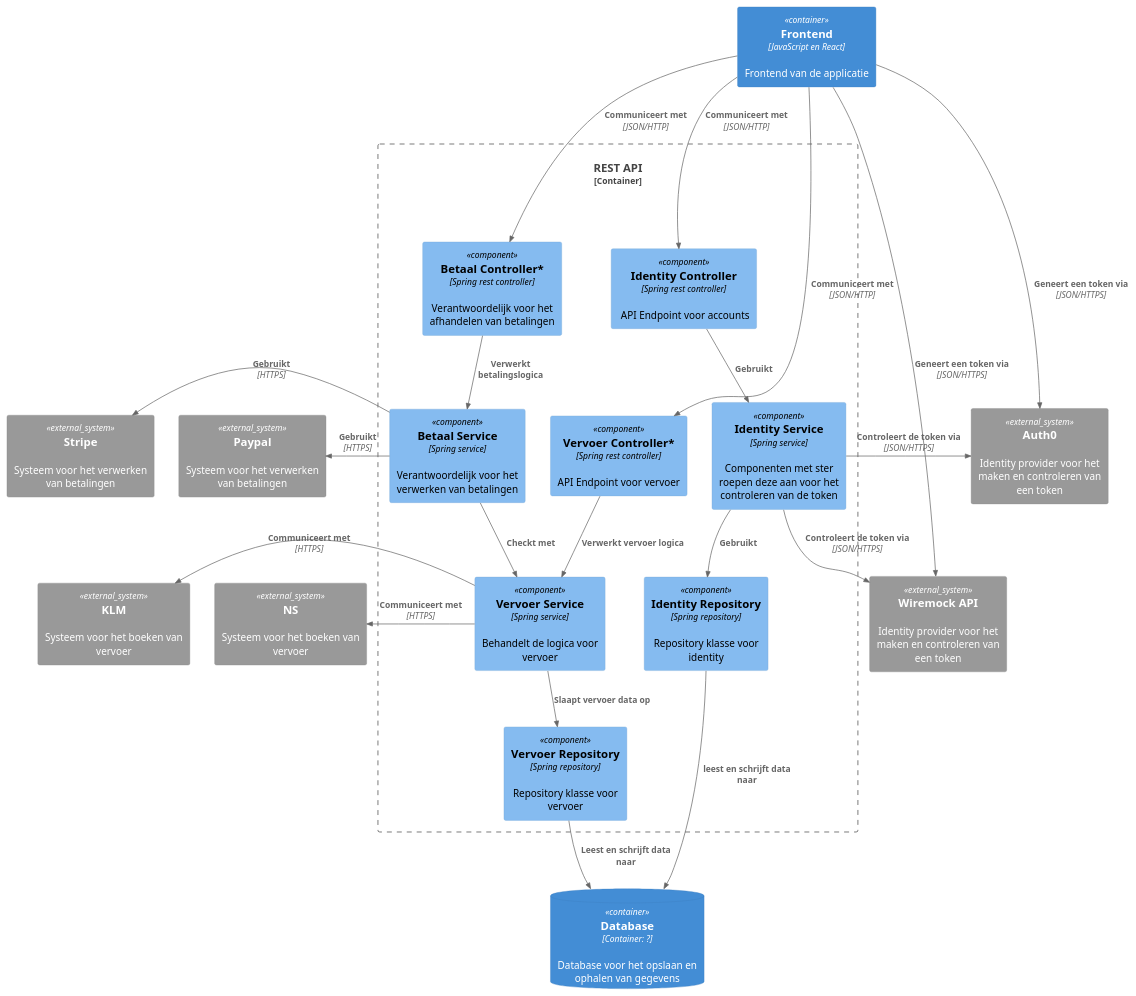
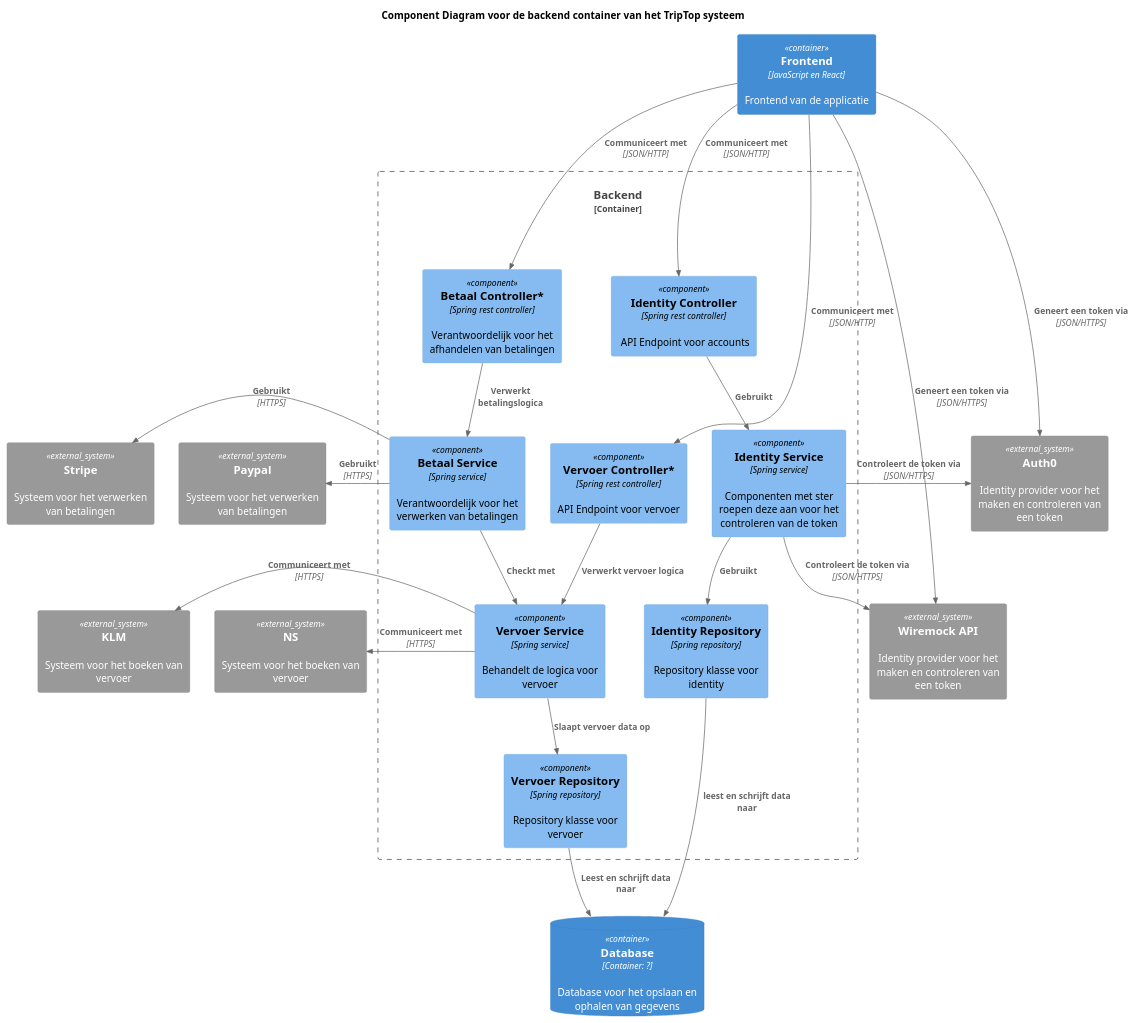
One commit to AIM-ENE-feb25/triptop-de-broederbond-fgs changed the diagram in groeps-uitwerkingen/week2/component-diagrammen/component-diagram.puml. Above: the diagram before and after it, drawn with PlantUML. The commit also changed 10 other files, not shown here.

```diff
--- a/groeps-uitwerkingen/week2/component-diagrammen/component-diagram.puml
+++ b/groeps-uitwerkingen/week2/component-diagrammen/component-diagram.puml
@@ -1,63 +1,65 @@
 @startuml
+
+Title Component Diagram voor de backend container van het TripTop systeem
 
 !include https://raw.githubusercontent.com/plantuml-stdlib/C4-PlantUML/master/C4_Component.puml
 
 Container(singlePageApp, "Frontend", "JavaScript en React", "Frontend van de applicatie")
 
-Container_Boundary(backend, "REST API") {
+Container_Boundary(backend, "Backend") {
     'Betaal componenten
     Component(paymentController, "Betaal Controller*", "Spring rest controller", "Verantwoordelijk voor het afhandelen van betalingen")
     Component(paymentService, "Betaal Service", "Spring service", "Verantwoordelijk voor het verwerken van betalingen")
 
     'Vervoer componenten
     Component(transportationController, "Vervoer Controller*", "Spring rest controller", "API Endpoint voor vervoer")
     Component(transportationService, "Vervoer Service", "Spring service", "Behandelt de logica voor vervoer")
     Component(transportationRepository, "Vervoer Repository", "Spring repository", "Repository klasse voor vervoer")
 
     'Identity componenten
     Component(identity_controller, "Identity Controller", "Spring rest controller", " API Endpoint voor accounts")
     Component(identity_service, "Identity Service", "Spring service", "Componenten met ster roepen deze aan voor het controleren van de token")
     Component(identity_dao, "Identity Repository", "Spring repository", "Repository klasse voor identity")
 }
 
 ContainerDb(database, "Database", "Container: ?", "Database voor het opslaan en ophalen van gegevens")
 
 System_Ext(paypal, "Paypal", "Systeem voor het verwerken van betalingen")
 System_Ext(stripe, "Stripe", "Systeem voor het verwerken van betalingen")
 
 System_Ext(wireMockApi, "Wiremock API", "Identity provider voor het maken en controleren van een token")
 System_Ext(auth0, "Auth0", "Identity provider voor het maken en controleren van een token")
 
 System_Ext(NS, "NS", "Systeem voor het boeken van vervoer")
 System_Ext(KLM, "KLM" , "Systeem voor het boeken van vervoer")
 
 'Frontend relaties
 Rel(singlePageApp, transportationController, "Communiceert met", "JSON/HTTP")
 Rel(singlePageApp, paymentController, "Communiceert met", "JSON/HTTP")
 Rel(singlePageApp, identity_controller, "Communiceert met", "JSON/HTTP")
 
 Rel(singlePageApp, wireMockApi, "Geneert een token via", "JSON/HTTPS")
 Rel(singlePageApp, auth0, "Geneert een token via", "JSON/HTTPS")
 
 'Identity relaties
 Rel(identity_controller, identity_service, "Gebruikt")
 Rel(identity_service, identity_dao, "Gebruikt")
 Rel(identity_dao, database, "leest en schrijft data naar")
 Rel(identity_service, wireMockApi, "Controleert de token via", "JSON/HTTPS")
 Rel_R(identity_service, auth0, "Controleert de token via", "JSON/HTTPS")
 
 'Betaal relaties
 Rel(paymentController, paymentService, "Verwerkt betalingslogica")
 Rel_L(paymentService, paypal, "Gebruikt", "HTTPS")
 Rel_L(paymentService, stripe, "Gebruikt", "HTTPS")
 Rel(paymentService, transportationService, "Checkt met")
 
 'Vervoer relaties
 Rel(transportationController, transportationService, "Verwerkt vervoer logica")
 Rel(transportationService, transportationRepository, "Slaapt vervoer data op")
 Rel_L(transportationService, NS, "Communiceert met", "HTTPS")
 Rel_L(transportationService, KLM, "Communiceert met", "HTTPS")
 Rel(transportationRepository, database, "Leest en schrijft data naar")
 
 
 @enduml
```
